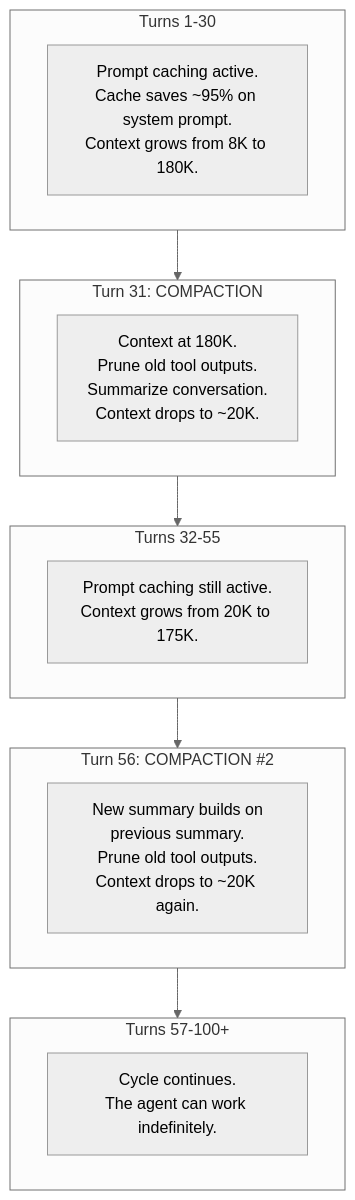
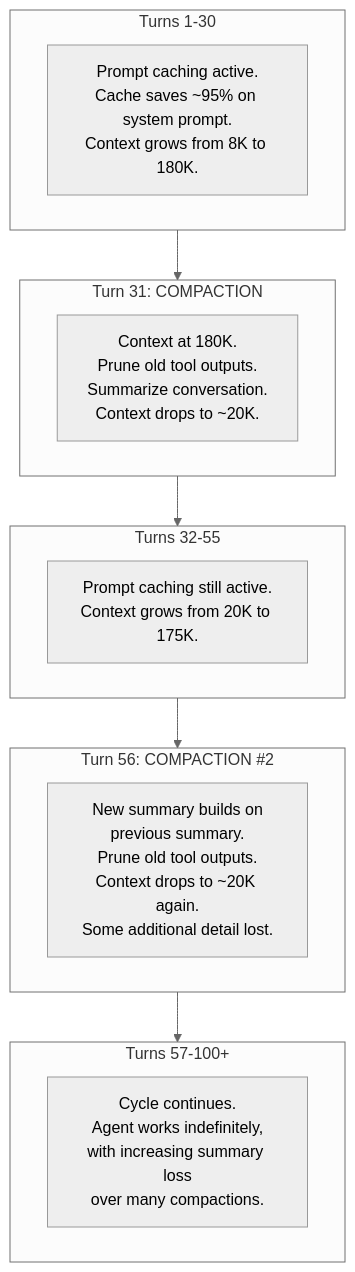
Diagram 15 of 17 in context-management.md (2kages/agent-learning), drawn with Mermaid (neutral theme) before and after one commit. The commit also changed other lines of this file and 2 other files, not shown here.

````diff
--- a/context-management.md
+++ b/context-management.md
@@ -439,24 +652,24 @@
 ```mermaid
 flowchart TD
     subgraph PHASE1 ["Turns 1-30"]
         P1["Prompt caching active.<br/>Cache saves ~95% on system prompt.<br/>Context grows from 8K to 180K."]
     end
 
     subgraph COMPACT1 ["Turn 31: COMPACTION"]
         C1["Context at 180K.<br/>Prune old tool outputs.<br/>Summarize conversation.<br/>Context drops to ~20K."]
     end
 
     subgraph PHASE2 ["Turns 32-55"]
         P2["Prompt caching still active.<br/>Context grows from 20K to 175K."]
     end
 
     subgraph COMPACT2 ["Turn 56: COMPACTION #2"]
-        C2["New summary builds on<br/>previous summary.<br/>Prune old tool outputs.<br/>Context drops to ~20K again."]
+        C2["New summary builds on<br/>previous summary.<br/>Prune old tool outputs.<br/>Context drops to ~20K again.<br/>Some additional detail lost."]
     end
 
     subgraph PHASE3 ["Turns 57-100+"]
-        P3["Cycle continues.<br/>The agent can work indefinitely."]
+        P3["Cycle continues.<br/>Agent works indefinitely,<br/>with increasing summary loss<br/>over many compactions."]
     end
 
     PHASE1 --> COMPACT1 --> PHASE2 --> COMPACT2 --> PHASE3
 ```
````
